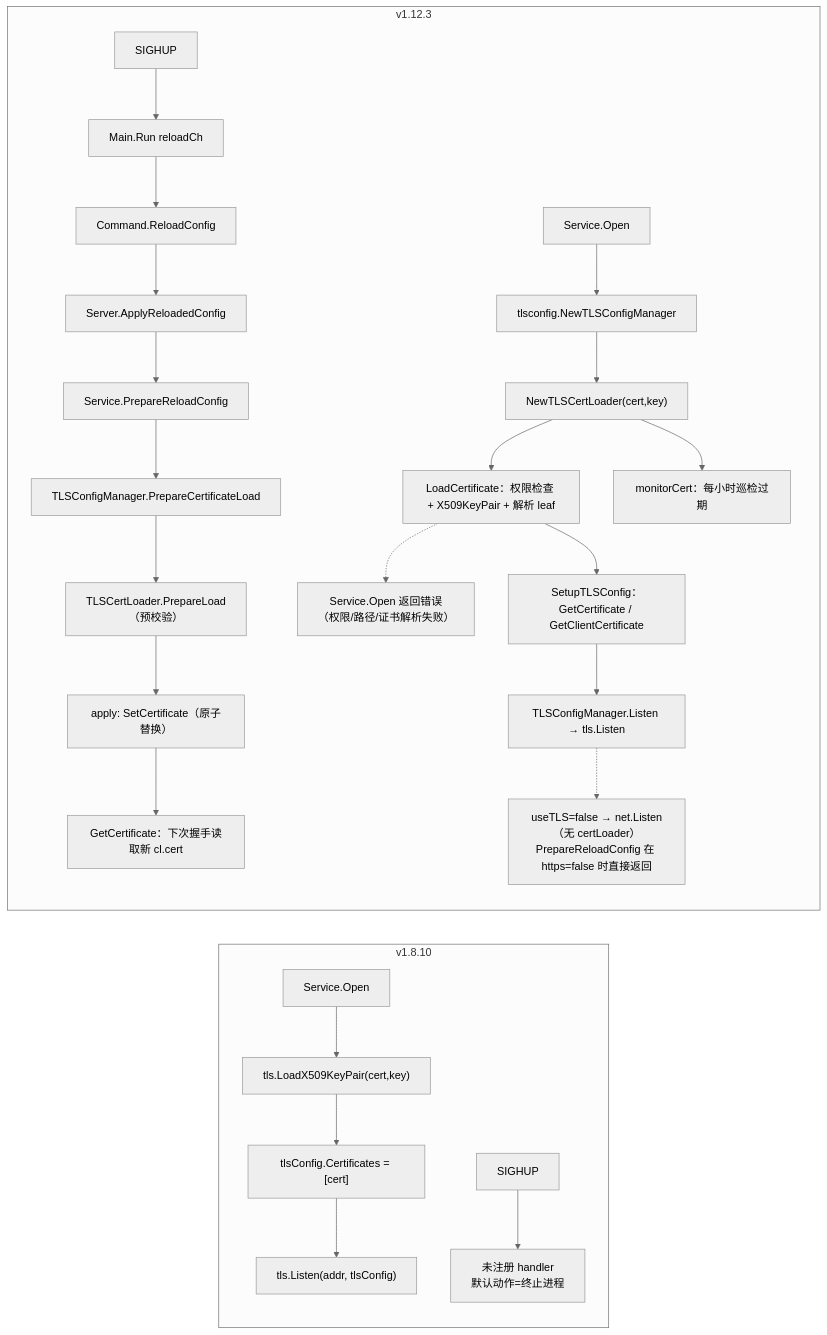
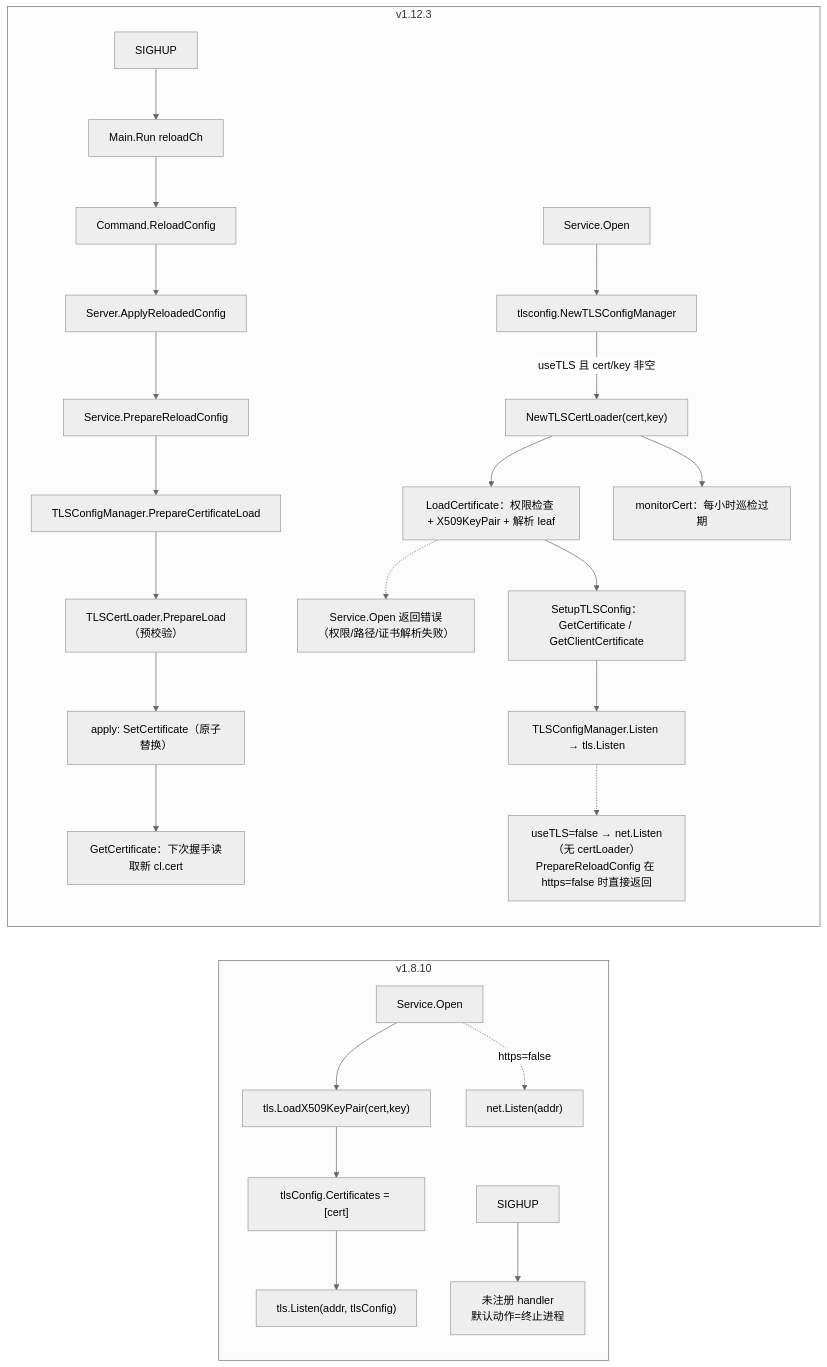
One commit to stefanv5/influxdb changed the second of 3 diagrams in docs/specs/v1.8.10-vs-v1.12.3/06_http_flux_diff.md. Above: the diagram before and after it, drawn with Mermaid (neutral theme). The commit also changed other lines of this file and 16 other files, not shown here.

````diff
--- a/docs/specs/v1.8.10-vs-v1.12.3/06_http_flux_diff.md
+++ b/docs/specs/v1.8.10-vs-v1.12.3/06_http_flux_diff.md
@@ -124,28 +124,29 @@
 ```mermaid
 flowchart LR
     subgraph OLD["v1.8.10"]
         O1["Service.Open"] --> O2["tls.LoadX509KeyPair(cert,key)"]
         O2 --> O3["tlsConfig.Certificates = [cert]"]
         O3 --> O4["tls.Listen(addr, tlsConfig)"]
+        O1 -.->|"https=false"| O4E["net.Listen(addr)"]
         O5["SIGHUP"] --> O6["未注册 handler<br/>默认动作=终止进程"]
     end
 
     subgraph NEW["v1.12.3"]
         N1["Service.Open"] --> N2["tlsconfig.NewTLSConfigManager"]
-        N2 --> N3["NewTLSCertLoader(cert,key)"]
+        N2 -->|"useTLS 且 cert/key 非空"| N3["NewTLSCertLoader(cert,key)"]
         N3 --> N4["LoadCertificate：权限检查 + X509KeyPair + 解析 leaf"]
         N4 --> N5["SetupTLSConfig：GetCertificate / GetClientCertificate"]
         N4 -.-> N4E["Service.Open 返回错误<br/>（权限/路径/证书解析失败）"]
         N5 --> N6["TLSConfigManager.Listen → tls.Listen"]
         N7["SIGHUP"] --> N8["Main.Run reloadCh"]
         N8 --> N9["Command.ReloadConfig"]
         N9 --> N10["Server.ApplyReloadedConfig"]
         N10 --> N11["Service.PrepareReloadConfig"]
         N11 --> N12["TLSConfigManager.PrepareCertificateLoad"]
         N12 --> N13["TLSCertLoader.PrepareLoad（预校验）"]
         N13 --> N14["apply: SetCertificate（原子替换）"]
         N14 --> N16["GetCertificate：下次握手读取新 cl.cert"]
         N3 --> N15["monitorCert：每小时巡检过期"]
         N6 -.-> N6E["useTLS=false → net.Listen（无 certLoader）<br/>PrepareReloadConfig 在 https=false 时直接返回"]
     end
 ```
````
